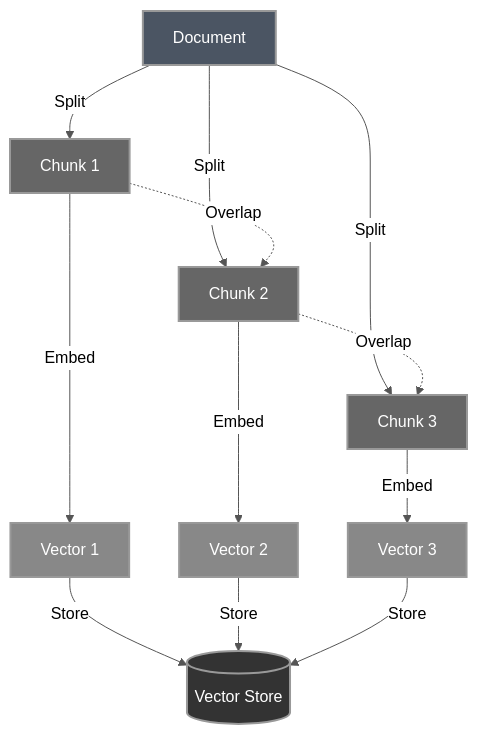
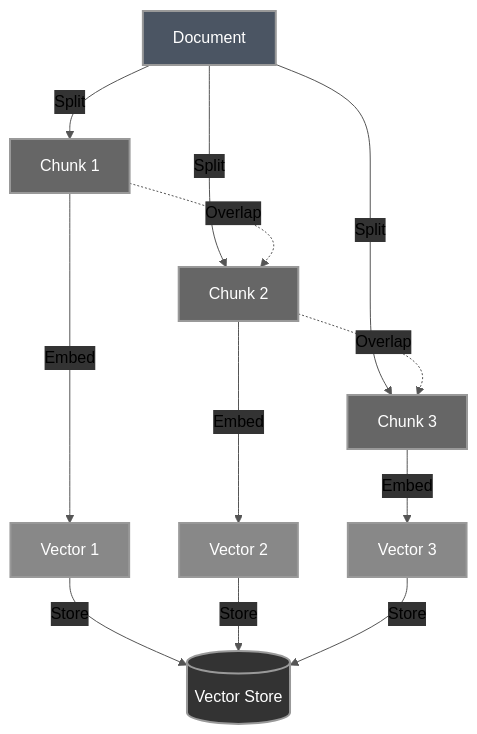
The second of 2 diagrams in rag/overview.mdx (masaic-ai-platform/docs), drawn with Mermaid before and after one commit. The commit also changed other lines of this file and 2 other files, not shown here.

````diff
--- a/rag/overview.mdx
+++ b/rag/overview.mdx
@@ -453,38 +469,38 @@
       ```mermaid
-      %%{init: {'theme': 'neutral', 'themeVariables': {'primaryColor': '#f0f0f0', 'primaryTextColor': '#333', 'primaryBorderColor': '#666', 'lineColor': '#555', 'secondaryColor': '#e6e6e6', 'tertiaryColor': '#d9d9d9'}}}%%
+      %%{init: {'theme': 'neutral', 'themeVariables': {'primaryColor': '#f0f0f0', 'primaryTextColor': '#333', 'primaryBorderColor': '#666', 'lineColor': '#555', 'secondaryColor': '#e6e6e6', 'tertiaryColor': '#d9d9d9', 'linkColor': '#ffffff', 'edgeLabelBackground': '#333333'}}}%%
       flowchart TD
         %% Nodes
         Doc[Document]
         Chunk1[Chunk 1]
         Chunk2[Chunk 2]
         Chunk3[Chunk 3]
         Embed1[Vector 1]
         Embed2[Vector 2]
         Embed3[Vector 3]
         VS[(Vector Store)]
         
         %% Styling with grayscale
         classDef document fill:#4b5563,color:#ffffff,stroke-width:2px
         classDef chunk fill:#666666,color:#ffffff,stroke-width:2px
         classDef vector fill:#888888,color:#ffffff,stroke-width:2px
         classDef store fill:#333333,color:#ffffff,stroke-width:2px
         
         %% Apply styles
         class Doc document
         class Chunk1,Chunk2,Chunk3 chunk
         class Embed1,Embed2,Embed3 vector
         class VS store
         
         %% Flow
         Doc -->|Split| Chunk1 & Chunk2 & Chunk3
         
         %% Show overlap
         Chunk1 -.->|Overlap| Chunk2
         Chunk2 -.->|Overlap| Chunk3
         
         Chunk1 -->|Embed| Embed1
         Chunk2 -->|Embed| Embed2
         Chunk3 -->|Embed| Embed3
         
         Embed1 & Embed2 & Embed3 -->|Store| VS
       ```
````
